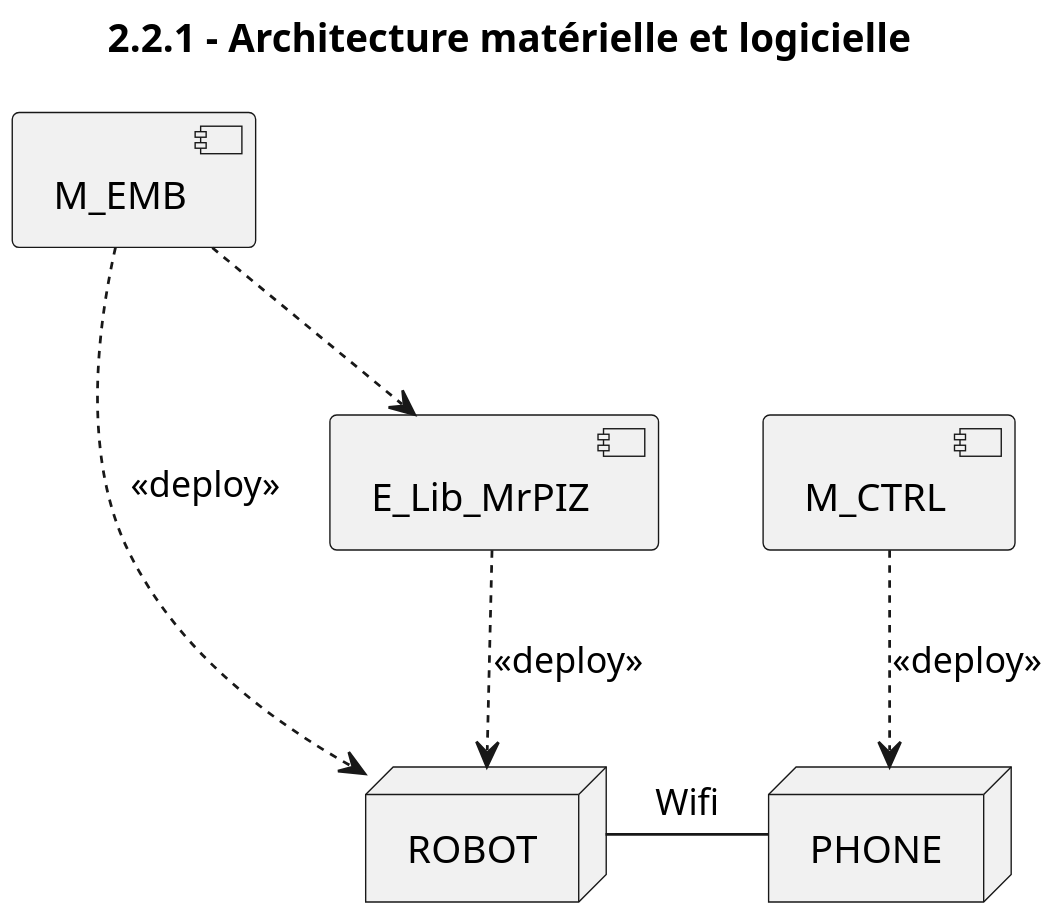
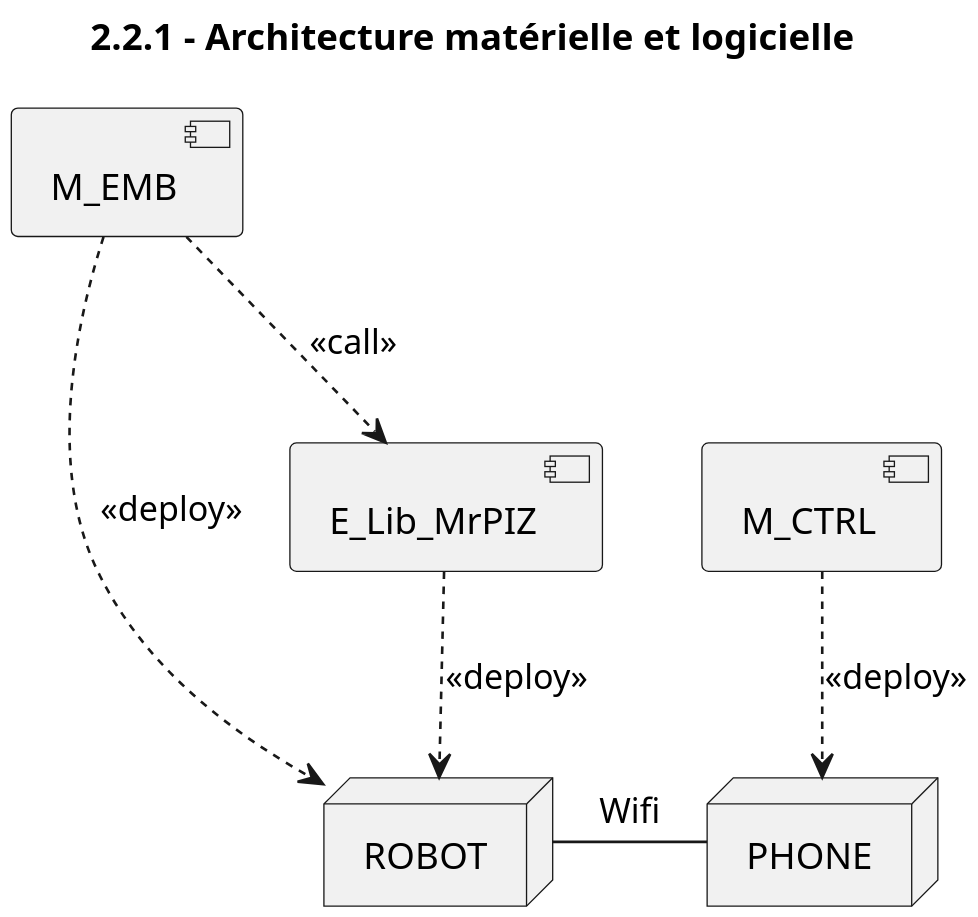
Before and after one commit to Larson-09/PATO_Project: the diagram in Diagrammes UML/2.2.1 - Architecture matérielle et logicielle/2.2.1 - Architecture matérielle et logicielle.puml, drawn with PlantUML.

Commit message:
ajout du call de l'autre relou

```diff
--- a/Diagrammes UML/2.2.1 - Architecture matérielle et logicielle/2.2.1 - Architecture matérielle et logicielle.puml
+++ b/Diagrammes UML/2.2.1 - Architecture matérielle et logicielle/2.2.1 - Architecture matérielle et logicielle.puml
@@ -1,11 +1,11 @@
 @startuml
 title 2.2.1 - Architecture matérielle et logicielle
 scale 1280*900
 node ROBOT
 node PHONE
 ROBOT-r- PHONE: Wifi
-[M_EMB] ..> [E_Lib_MrPIZ] 
+[M_EMB] ..> [E_Lib_MrPIZ] :<<call>>
 [M_EMB] ..> ROBOT: <<deploy>>
 [E_Lib_MrPIZ] ..> ROBOT: <<deploy>>
 [M_CTRL] ..> PHONE: <<deploy>>
 @enduml
```
